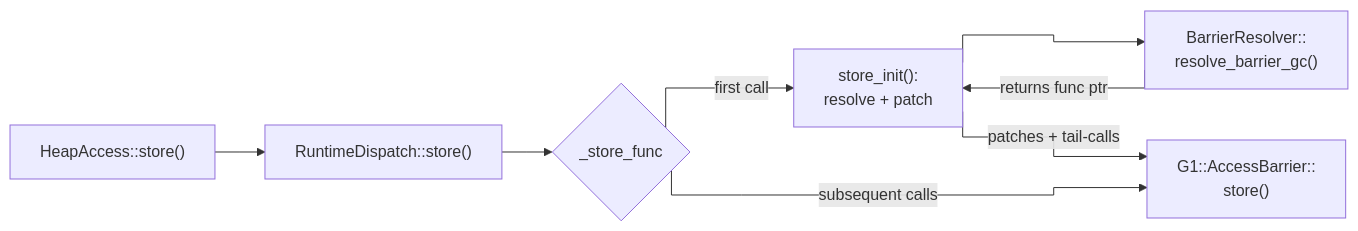
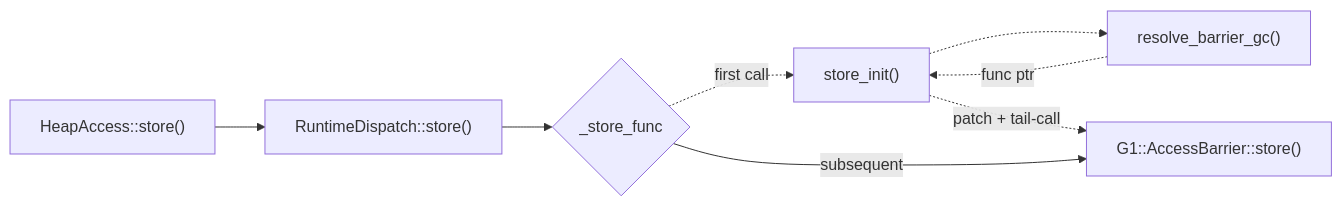
The third of 3 diagrams in _posts/2026-05-12-lazy-resolution-resolve-once-dispatch-forever.md (Shubhankar-Gambhir/Shubhankar-Gambhir.github.io), drawn with Mermaid before and after one commit. The commit also changed other lines of this file, not shown here.

Commit message:
Improve Post 2 accessibility for non-JVM C++ developers
Add GC barrier terminology disambiguation, switch state diagram to
left-to-right layout, and clean up appendix flowchart with dotted
edges for the one-time resolution path vs solid for the hot path.

````diff
--- a/_posts/2026-05-12-lazy-resolution-resolve-once-dispatch-forever.md
+++ b/_posts/2026-05-12-lazy-resolution-resolve-once-dispatch-forever.md
@@ -312,15 +311,10 @@
 ```mermaid
----
-config:
-  flowchart:
-    curve: stepBefore
----
 flowchart LR
     A["HeapAccess::store()"] --> B["RuntimeDispatch::store()"]
     B --> C{"_store_func"}
-    C -->|first call| D["store_init():\nresolve + patch"]
-    D --> E["BarrierResolver::\nresolve_barrier_gc()"]
-    E -->|returns func ptr| D
-    D -->|patches + tail-calls| G["G1::AccessBarrier::\nstore()"]
-    C -->|subsequent calls| G
+    C -.->|first call| D["store_init()"]
+    D -.-> E["resolve_barrier_gc()"]
+    E -.->|func ptr| D
+    D -.->|patch + tail-call| G["G1::AccessBarrier::store()"]
+    C -->|subsequent| G
 ```
````
